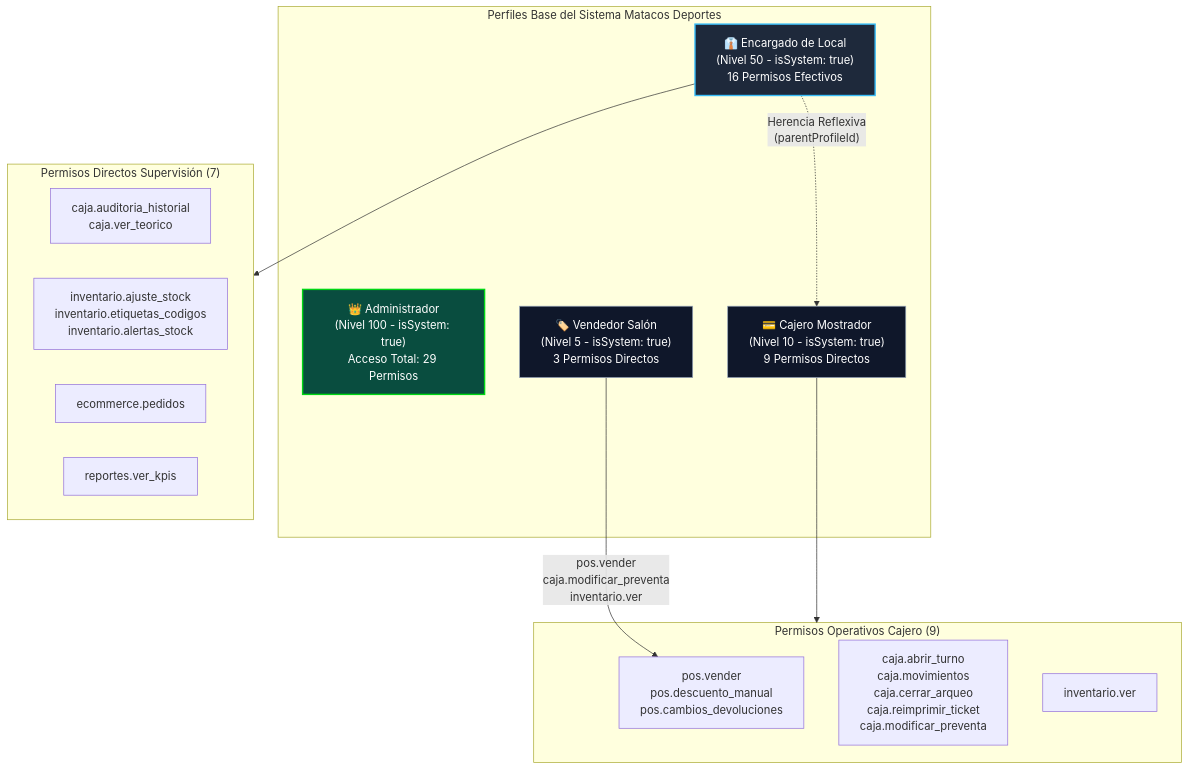
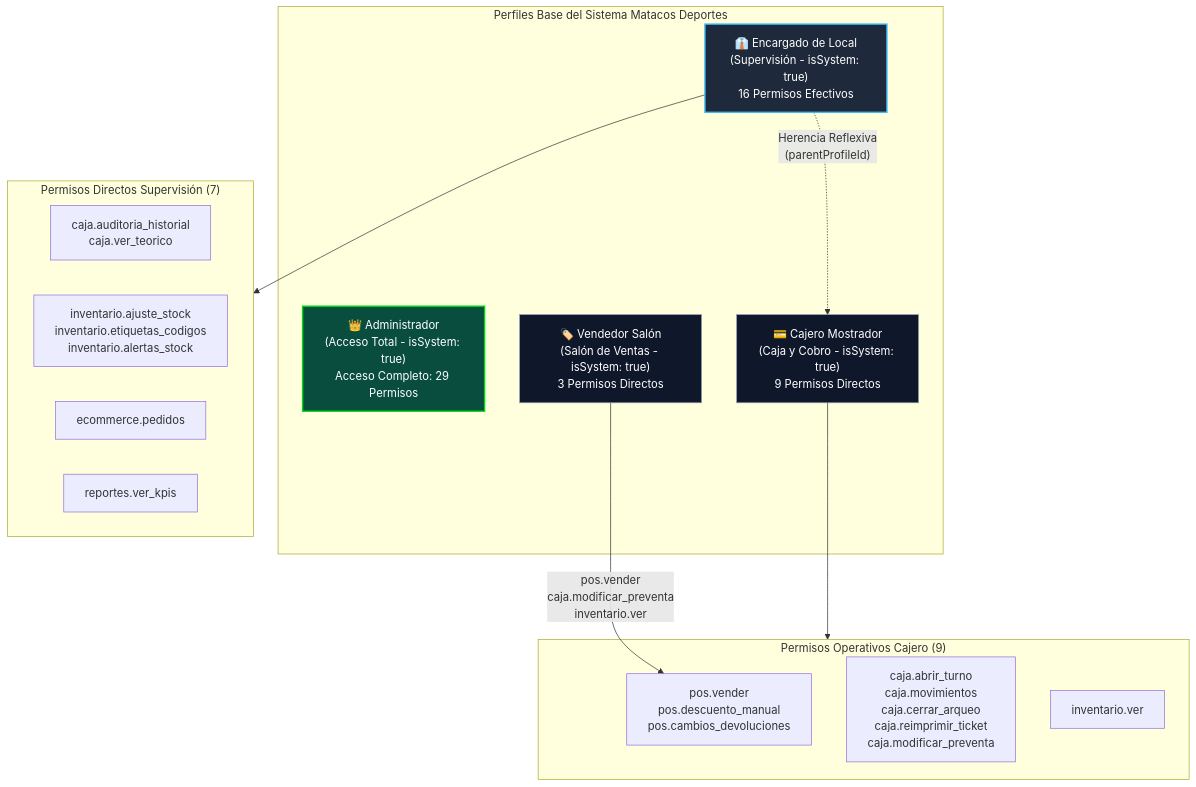
The second of 3 diagrams in docs/RF-23_Autenticacion_Hash_Control_Acceso_Roles.md (dellagnoloRA/matacos-deportes-app), drawn with Mermaid before and after one commit. The commit also changed other lines of this file and 1 other file, not shown here.

````diff
--- a/docs/RF-23_Autenticacion_Hash_Control_Acceso_Roles.md
+++ b/docs/RF-23_Autenticacion_Hash_Control_Acceso_Roles.md
@@ -90,37 +92,37 @@
 ```mermaid
 flowchart TD
     subgraph PerfilesBase["Perfiles Base del Sistema Matacos Deportes"]
-        Admin["👑 Administrador\n(Nivel 100 - isSystem: true)\nAcceso Total: 29 Permisos"]
+        Admin["👑 Administrador\n(Acceso Total - isSystem: true)\nAcceso Completo: 29 Permisos"]
         
-        Encargado["👔 Encargado de Local\n(Nivel 50 - isSystem: true)\n16 Permisos Efectivos"]
+        Encargado["👔 Encargado de Local\n(Supervisión - isSystem: true)\n16 Permisos Efectivos"]
         
-        Cajero["💳 Cajero Mostrador\n(Nivel 10 - isSystem: true)\n9 Permisos Directos"]
+        Cajero["💳 Cajero Mostrador\n(Caja y Cobro - isSystem: true)\n9 Permisos Directos"]
         
-        Vendedor["🏷️ Vendedor Salón\n(Nivel 5 - isSystem: true)\n3 Permisos Directos"]
+        Vendedor["🏷️ Vendedor Salón\n(Salón de Ventas - isSystem: true)\n3 Permisos Directos"]
     end
 
     subgraph PermisosCajero["Permisos Operativos Cajero (9)"]
         P_POS["pos.vender\npos.descuento_manual\npos.cambios_devoluciones"]
         P_CAJA["caja.abrir_turno\ncaja.movimientos\ncaja.cerrar_arqueo\ncaja.reimprimir_ticket\ncaja.modificar_preventa"]
         P_INV["inventario.ver"]
     end
 
     subgraph PermisosEncargadoSupervision["Permisos Directos Supervisión (7)"]
         S_CAJA["caja.auditoria_historial\ncaja.ver_teorico"]
         S_INV["inventario.ajuste_stock\ninventario.etiquetas_codigos\ninventario.alertas_stock"]
         S_ECOM["ecommerce.pedidos"]
         S_REP["reportes.ver_kpis"]
     end
 
     Cajero --> PermisosCajero
     Encargado -.->|"Herencia Reflexiva\n(parentProfileId)"| Cajero
     Encargado --> PermisosEncargadoSupervision
     Vendedor -->|"pos.vender\ncaja.modificar_preventa\ninventario.ver"| P_POS
 
     classDef adminClass fill:#094d3f,stroke:#00D615,stroke-width:2px,color:#fff;
     classDef encClass fill:#1e293b,stroke:#38bdf8,stroke-width:2px,color:#fff;
     classDef opClass fill:#0f172a,stroke:#94a3b8,stroke-width:1px,color:#fff;
     class Admin adminClass;
     class Encargado encClass;
     class Cajero,Vendedor opClass;
 ```
````
